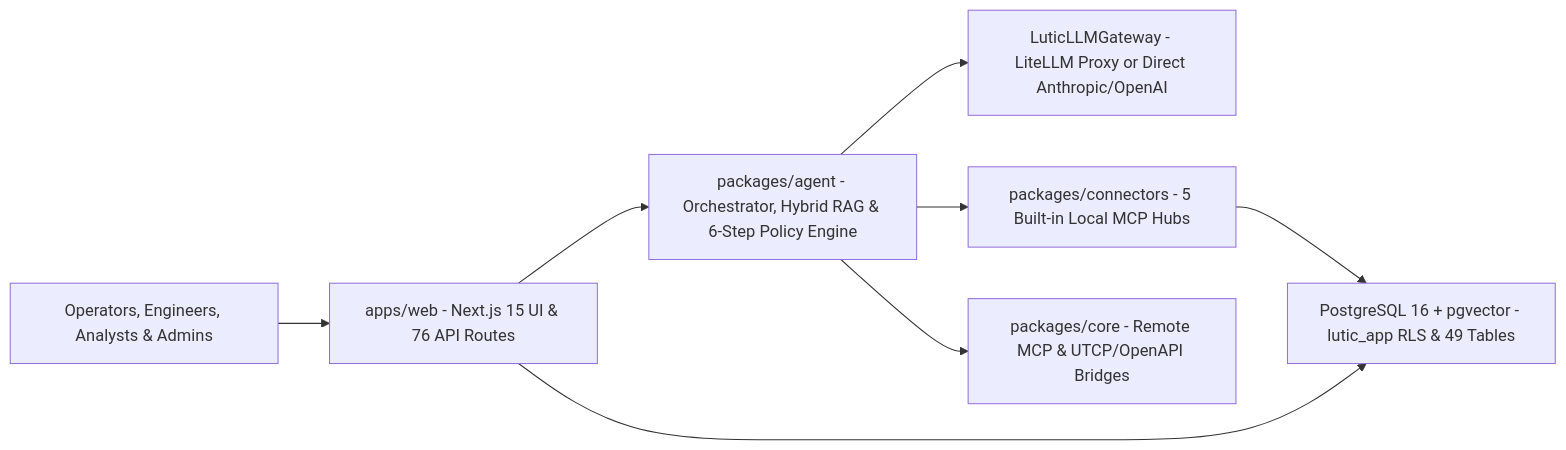
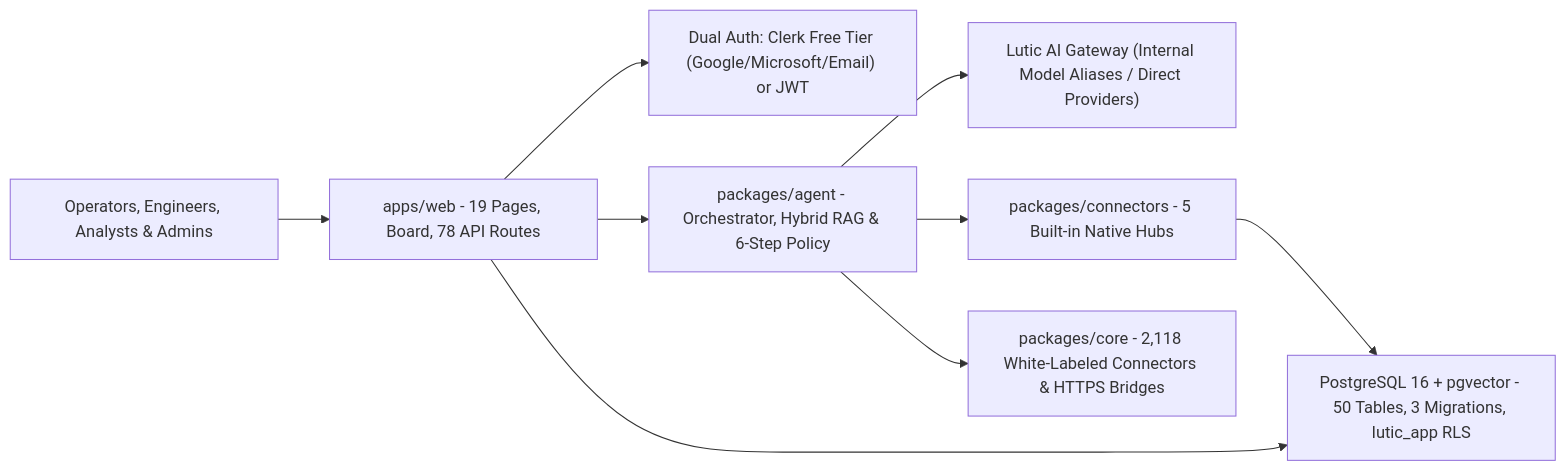
One commit to AyanShah17/Lutic changed the first of 4 diagrams in README.md. Above: the diagram before and after it, drawn with Mermaid. The commit also changed other lines of this file and 2 other files, not shown here.

Commit message:
docs(prod): sync README, PRODUCTION, and SECURITY with Clerk auth, board, white-labeling, and 2,118 connectors

````diff
--- a/README.md
+++ b/README.md
@@ -22,10 +22,11 @@
 ```mermaid
 flowchart LR
-  User["Operators, Engineers, Analysts & Admins"] --> Web["apps/web - Next.js 15 UI & 76 API Routes"]
-  Web --> Agent["packages/agent - Orchestrator, Hybrid RAG & 6-Step Policy Engine"]
-  Agent --> Gateway["LuticLLMGateway - LiteLLM Proxy or Direct Anthropic/OpenAI"]
-  Agent --> LocalMCP["packages/connectors - 5 Built-in Local MCP Hubs"]
-  Agent --> ExtBridge["packages/core - Remote MCP & UTCP/OpenAPI Bridges"]
-  LocalMCP --> DB["PostgreSQL 16 + pgvector - lutic_app RLS & 49 Tables"]
+  User["Operators, Engineers, Analysts & Admins"] --> Web["apps/web - 19 Pages, Board, 78 API Routes"]
+  Web --> Auth["Dual Auth: Clerk Free Tier (Google/Microsoft/Email) or JWT"]
+  Web --> Agent["packages/agent - Orchestrator, Hybrid RAG & 6-Step Policy"]
+  Agent --> Gateway["Lutic AI Gateway (Internal Model Aliases / Direct Providers)"]
+  Agent --> LocalMCP["packages/connectors - 5 Built-in Native Hubs"]
+  Agent --> Catalog["packages/core - 2,118 White-Labeled Connectors & HTTPS Bridges"]
+  LocalMCP --> DB["PostgreSQL 16 + pgvector - 50 Tables, 3 Migrations, lutic_app RLS"]
   Web --> DB
 ```
````
